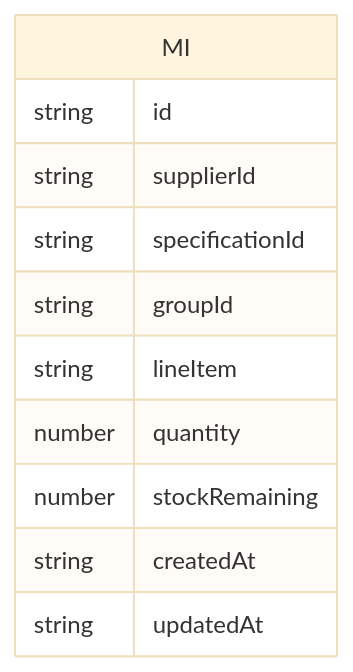
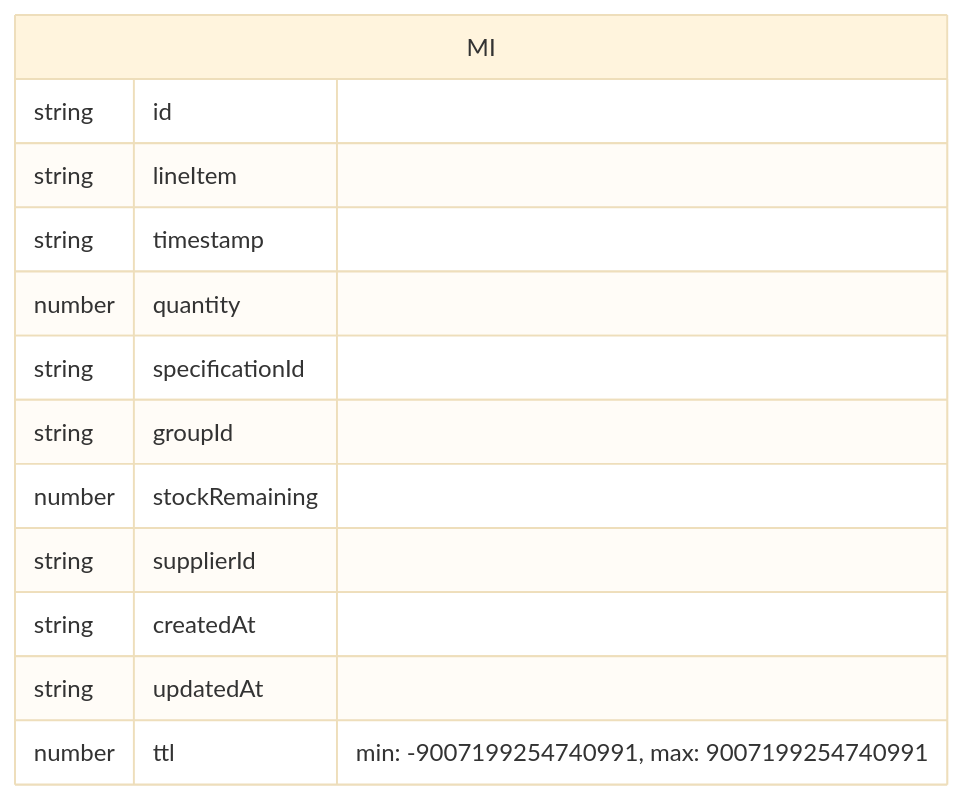
Before and after one commit to NHSDigital/nhs-notify-supplier-api: the second of 3 diagrams in internal/datastore/src/types.md, drawn with Mermaid (base theme). The commit also changed 2 other files, not shown here.

Commit message:
CCM-12180: override project

````diff
--- a/internal/datastore/src/types.md
+++ b/internal/datastore/src/types.md
@@ -30,14 +30,16 @@
 ```mermaid
 erDiagram
     MI {
         string id
-        string supplierId
+        string lineItem
+        string timestamp
+        number quantity
         string specificationId
         string groupId
-        string lineItem
-        number quantity
         number stockRemaining
+        string supplierId
         string createdAt
         string updatedAt
+        number ttl "min: -9007199254740991, max: 9007199254740991"
     }
 ```
````
